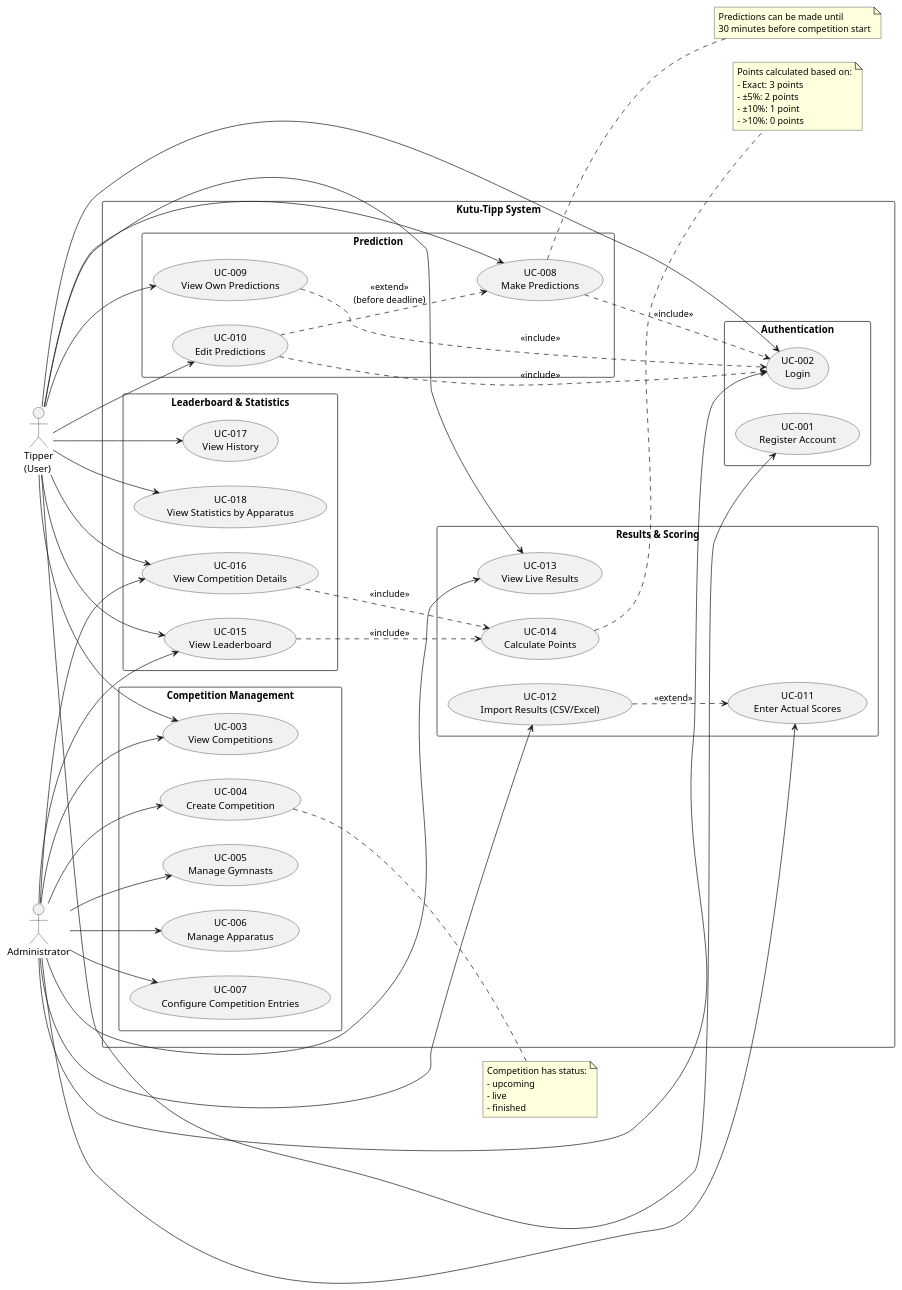
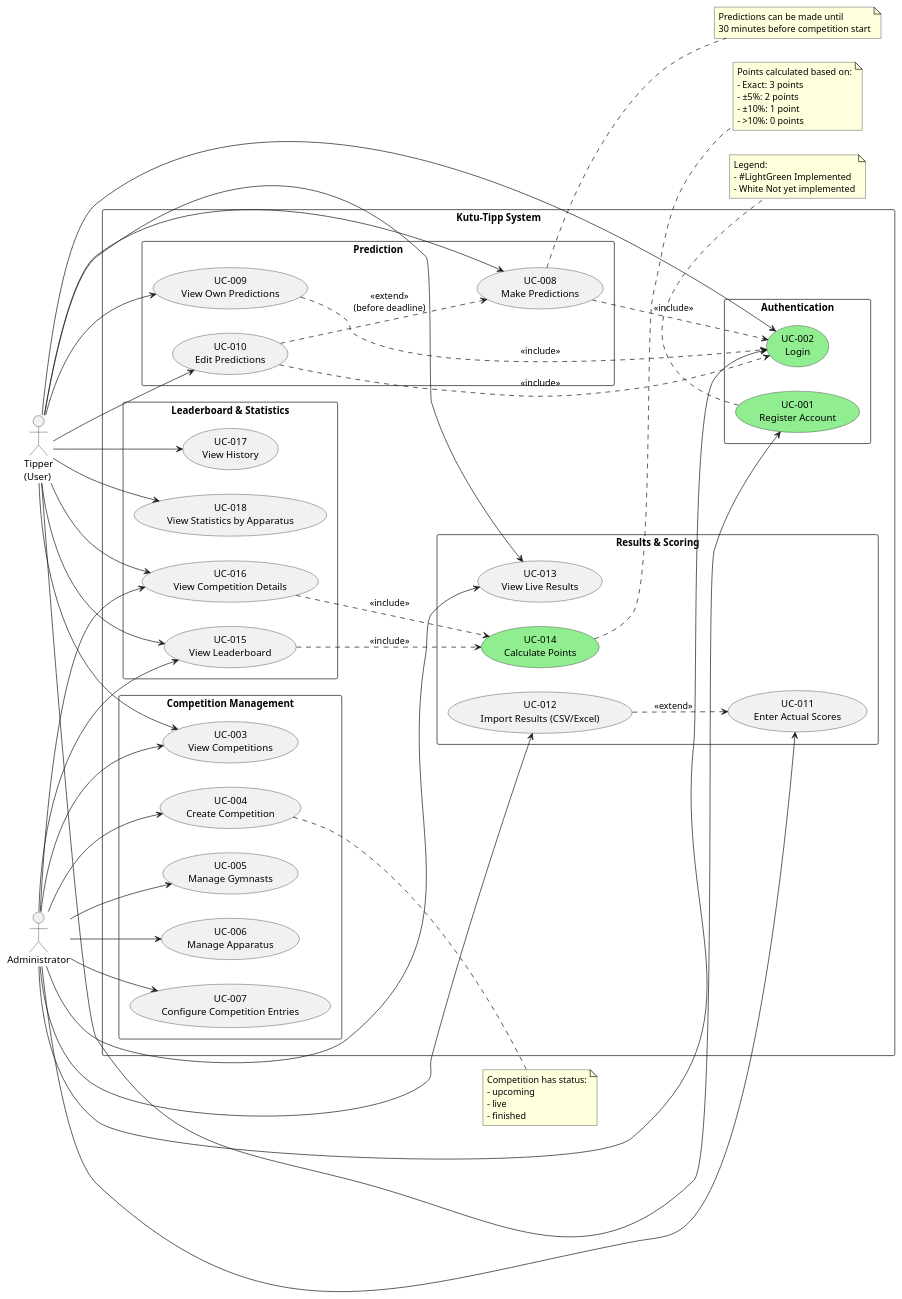
Before and after one commit to simasch/kutu-tipp: the diagram in docs/UseCase_Model.puml, drawn with PlantUML.

Commit message:
Highlight implemented use cases in Use Case Model with a legend for implementation status.

```diff
--- a/docs/UseCase_Model.puml
+++ b/docs/UseCase_Model.puml
@@ -1,103 +1,109 @@
 @startuml Kutu-Tipp Use Case Model
 
 left to right direction
 skinparam packageStyle rectangle
 
 actor "Tipper\n(User)" as User
 actor "Administrator" as Admin
 
 rectangle "Kutu-Tipp System" {
 
   package "Authentication" {
-    usecase "UC-001\nRegister Account" as UC1
-    usecase "UC-002\nLogin" as UC2
+    usecase "UC-001\nRegister Account" as UC1 #LightGreen
+    usecase "UC-002\nLogin" as UC2 #LightGreen
   }
 
   package "Competition Management" {
     usecase "UC-003\nView Competitions" as UC3
     usecase "UC-004\nCreate Competition" as UC4
     usecase "UC-005\nManage Gymnasts" as UC5
     usecase "UC-006\nManage Apparatus" as UC6
     usecase "UC-007\nConfigure Competition Entries" as UC7
   }
 
   package "Prediction" {
     usecase "UC-008\nMake Predictions" as UC8
     usecase "UC-009\nView Own Predictions" as UC9
     usecase "UC-010\nEdit Predictions" as UC10
   }
 
   package "Results & Scoring" {
     usecase "UC-011\nEnter Actual Scores" as UC11
     usecase "UC-012\nImport Results (CSV/Excel)" as UC12
     usecase "UC-013\nView Live Results" as UC13
-    usecase "UC-014\nCalculate Points" as UC14
+    usecase "UC-014\nCalculate Points" as UC14 #LightGreen
   }
 
   package "Leaderboard & Statistics" {
     usecase "UC-015\nView Leaderboard" as UC15
     usecase "UC-016\nView Competition Details" as UC16
     usecase "UC-017\nView History" as UC17
     usecase "UC-018\nView Statistics by Apparatus" as UC18
   }
 }
 
 ' User relationships
 User --> UC1
 User --> UC2
 User --> UC3
 User --> UC8
 User --> UC9
 User --> UC10
 User --> UC13
 User --> UC15
 User --> UC16
 User --> UC17
 User --> UC18
 
 ' Admin relationships
 Admin --> UC2
 Admin --> UC3
 Admin --> UC4
 Admin --> UC5
 Admin --> UC6
 Admin --> UC7
 Admin --> UC11
 Admin --> UC12
 Admin --> UC13
 Admin --> UC15
 Admin --> UC16
 
 ' Include relationships
 UC8 ..> UC2 : <<include>>
 UC9 ..> UC2 : <<include>>
 UC10 ..> UC2 : <<include>>
 UC15 ..> UC14 : <<include>>
 UC16 ..> UC14 : <<include>>
 
 ' Extend relationships
 UC10 ..> UC8 : <<extend>>\n(before deadline)
 UC12 ..> UC11 : <<extend>>
 
 ' Notes
 note right of UC8
   Predictions can be made until
   30 minutes before competition start
 end note
 
 note right of UC14
   Points calculated based on:
   - Exact: 3 points
   - ±5%: 2 points
   - ±10%: 1 point
   - >10%: 0 points
 end note
 
 note right of UC4
   Competition has status:
   - upcoming
   - live
   - finished
 end note
 
+note bottom of UC1
+  Legend:
+  - #LightGreen Implemented
+  - White Not yet implemented
+end note
+
 @enduml
```
